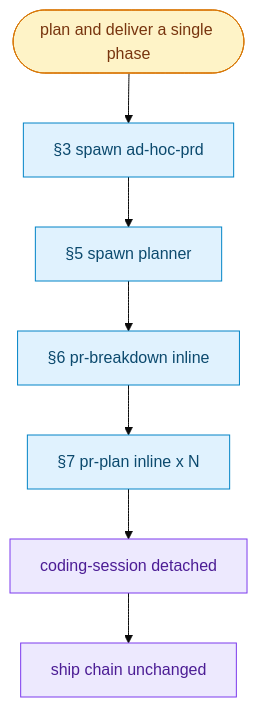
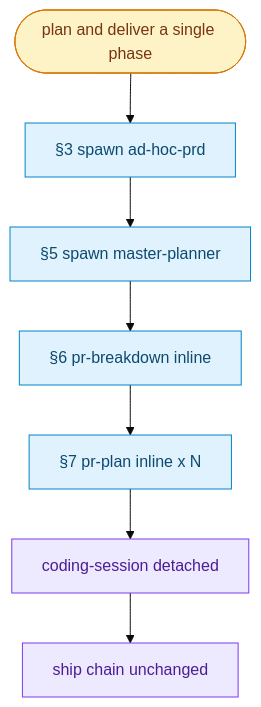
Before and after one commit to sedea-tapcart/research-and-development: the diagram in missions/single-phase/plan.mdc, drawn with Mermaid (base theme). The commit also changed other lines of this file and 46 other files, not shown here.

````diff
--- a/missions/single-phase/plan.mdc
+++ b/missions/single-phase/plan.mdc
@@ -60,14 +59,14 @@
 ```mermaid
 flowchart TB
   classDef leader fill:#fef3c7,stroke:#d97706,color:#78350f
   classDef child fill:#e0f2fe,stroke:#0284c7,color:#0c4a6e
   classDef detached fill:#ede9fe,stroke:#7c3aed,color:#4c1d95
 
   CMD(["plan and deliver a single phase"]):::leader
   CMD --> AH["§3 spawn ad-hoc-prd"]:::child
-  AH --> PL["§5 spawn planner"]:::child
+  AH --> PL["§5 spawn master-planner"]:::child
   PL --> PB["§6 pr-breakdown inline"]:::child
   PB --> PP["§7 pr-plan inline x N"]:::child
   PP --> CS["coding-session detached"]:::detached
   CS --> SHIP["ship chain unchanged"]:::detached
 ```
````
